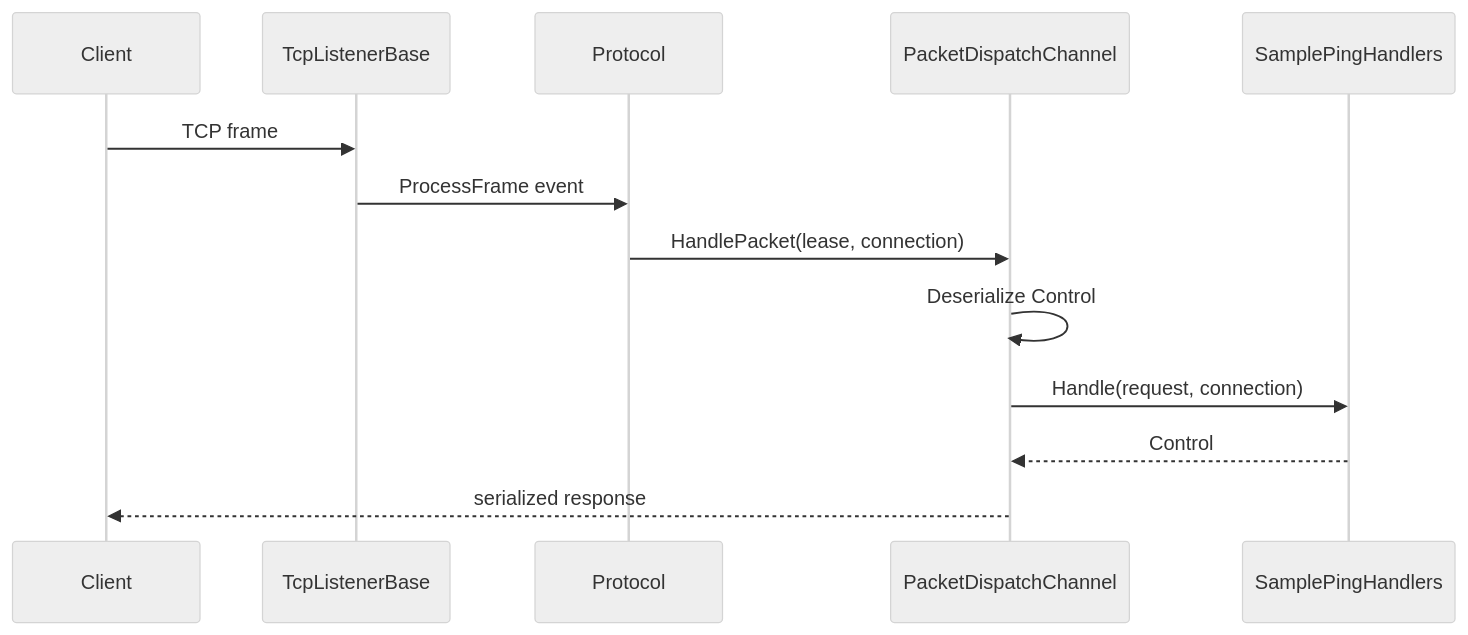
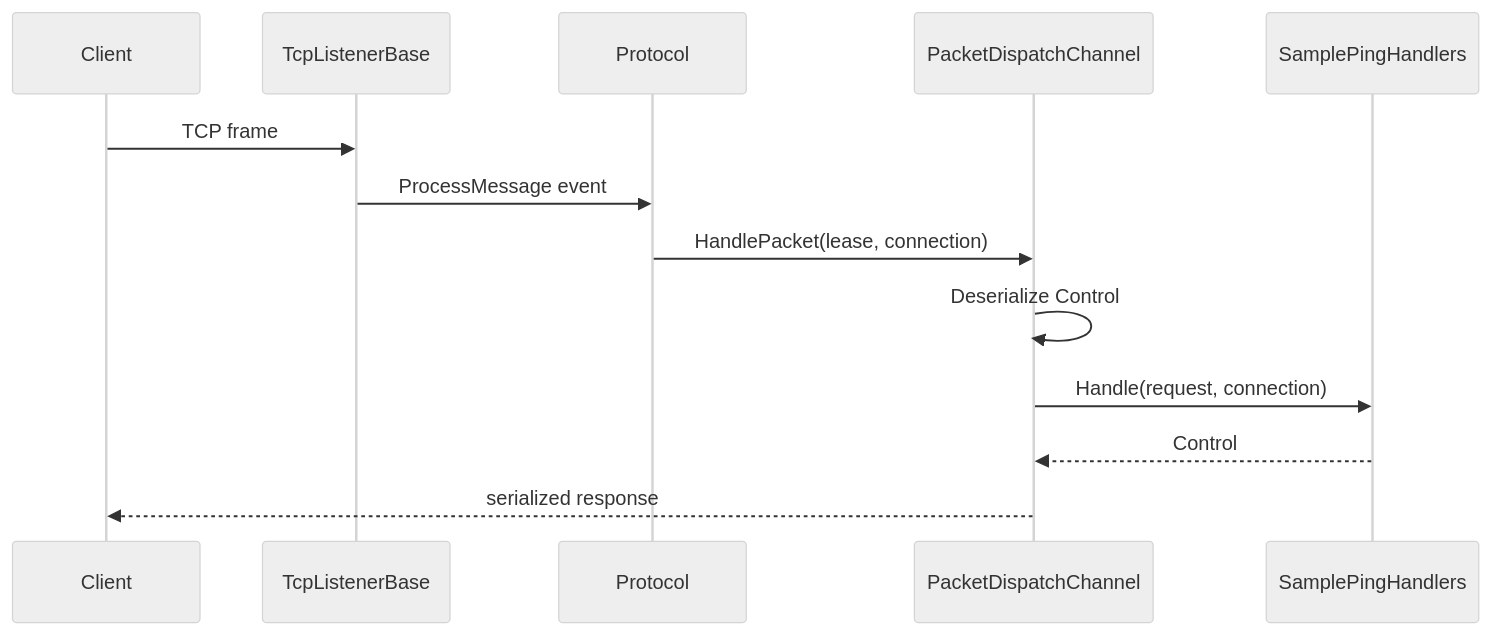
One commit to ppn-systems/Nalix changed the diagram in docs/guides/tcp-request-response.md. Above: the diagram before and after it, drawn with Mermaid (neutral theme). The commit also changed other lines of this file and 26 other files, not shown here.

First line of the commit message:
Move FramePipeline to Listener; update docs and samples

````diff
--- a/docs/guides/tcp-request-response.md
+++ b/docs/guides/tcp-request-response.md
@@ -160,16 +168,16 @@
 ```mermaid
 sequenceDiagram
     participant Client
     participant Listener as TcpListenerBase
     participant Protocol as Protocol
     participant Dispatch as PacketDispatchChannel
     participant Handler as SamplePingHandlers
 
     Client->>Listener: TCP frame
-    Listener->>Protocol: ProcessFrame event
+    Listener->>Protocol: ProcessMessage event
     Protocol->>Dispatch: HandlePacket(lease, connection)
     Dispatch->>Dispatch: Deserialize Control
     Dispatch->>Handler: Handle(request, connection)
     Handler-->>Dispatch: Control
     Dispatch-->>Client: serialized response
 ```
````
